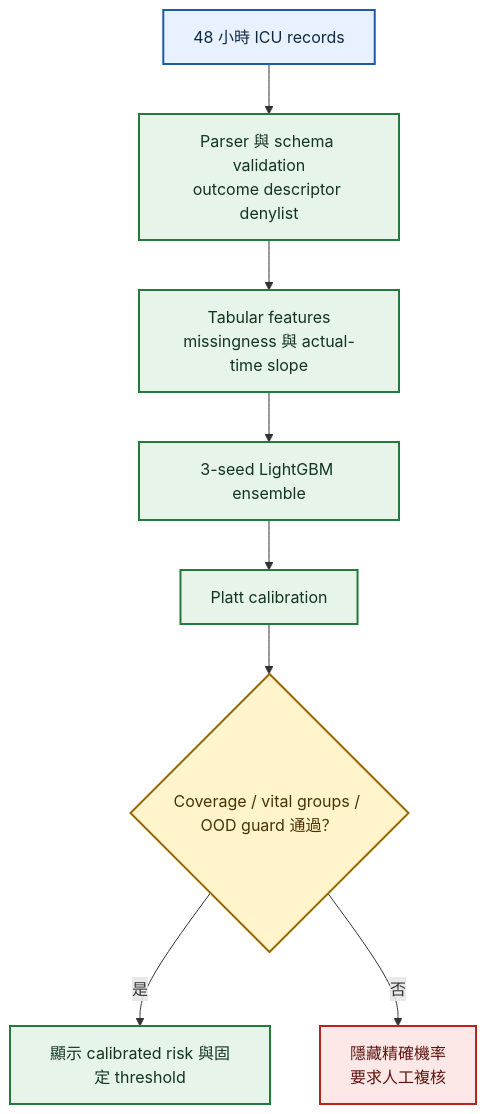
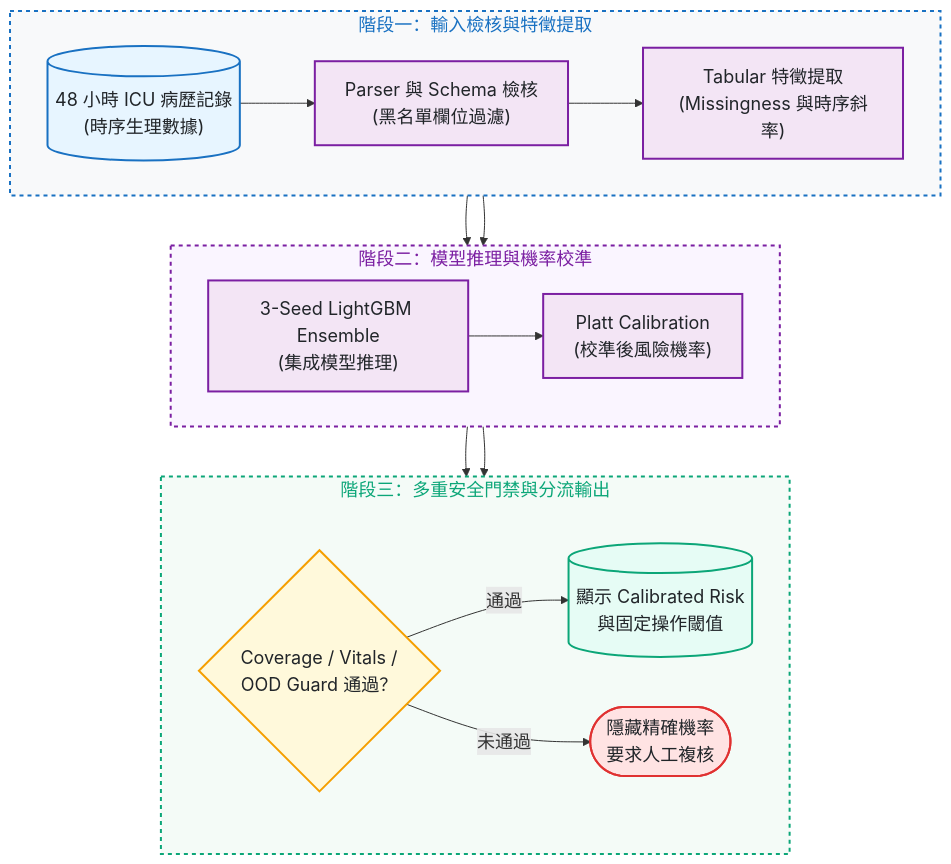
Before and after one commit to kuotunyu/CareRisk-48H: the second of 2 diagrams in README.md, drawn with Mermaid. The commit also changed other lines of this file and 1 other file, not shown here.

Commit message:
docs: overhaul README with 20px card container flowcharts, badges, and clean typography

````diff
--- a/README.md
+++ b/README.md
@@ -72,21 +67,38 @@
 ```mermaid
+%%{init: {'themeVariables': {'fontSize': '18px'}}}%%
 flowchart TD
-    A["48 小時 ICU records"] --> B["Parser 與 schema validation<br/>outcome descriptor denylist"]
-    B --> C["Tabular features<br/>missingness 與 actual-time slope"]
-    C --> D["3-seed LightGBM ensemble"]
-    D --> E["Platt calibration"]
-    E --> F{"Coverage / vital groups / OOD guard 通過？"}
-    F -->|是| G["顯示 calibrated risk 與固定 threshold"]
-    F -->|否| H["隱藏精確機率<br/>要求人工複核"]
+    subgraph InputStage ["階段一：輸入檢核與特徵提取"]
+        direction LR
+        Input[("48 小時 ICU 病歷記錄<br/>(時序生理數據)")] --> Schema["Parser 與 Schema 檢核<br/>(黑名單欄位過濾)"] --> Feat["Tabular 特徵提取<br/>(Missingness 與時序斜率)"]
+    end
 
-    classDef input fill:#E8F1FF,stroke:#1E5AA8,stroke-width:2px,color:#102A43
-    classDef process fill:#E6F4EA,stroke:#237A3B,stroke-width:2px,color:#12351E
-    classDef decision fill:#FFF4CC,stroke:#9A6700,stroke-width:2px,color:#4A3200
-    classDef safe fill:#E6F4EA,stroke:#237A3B,stroke-width:2px,color:#12351E
-    classDef blocked fill:#FCE8E6,stroke:#B3261E,stroke-width:2px,color:#5F1410
-    class A input
-    class B,C,D,E process
-    class F decision
-    class G safe
-    class H blocked
+    subgraph ModelStage ["階段二：模型推理與機率校準"]
+        direction LR
+        Feat --> Model["3-Seed LightGBM Ensemble<br/>(集成模型推理)"] --> Platt["Platt Calibration<br/>(校準後風險機率)"]
+    end
+
+    subgraph GuardStage ["階段三：多重安全門禁與分流輸出"]
+        direction LR
+        Platt --> Guard{"Coverage / Vitals /<br/>OOD Guard 通過？"}
+        Guard -->|"通過"| SafeOutput[("顯示 Calibrated Risk<br/>與固定操作閾值")]
+        Guard -->|"未通過"| BlockOutput(["隱藏精確機率<br/>要求人工複核"])
+    end
+
+    InputStage --> ModelStage --> GuardStage
+
+    classDef srcStyle fill:#e7f5ff,stroke:#1971c2,stroke-width:2px,color:#212529
+    classDef procStyle fill:#f3e5f5,stroke:#7b1fa2,stroke-width:2px,color:#212529
+    classDef condStyle fill:#fff9db,stroke:#f59f00,stroke-width:2px,color:#212529
+    classDef safeStyle fill:#e6fcf5,stroke:#0ca678,stroke-width:2px,color:#212529
+    classDef blockStyle fill:#ffe3e3,stroke:#e03131,stroke-width:2px,color:#212529
+
+    class Input srcStyle
+    class Schema,Feat,Model,Platt procStyle
+    class Guard condStyle
+    class SafeOutput safeStyle
+    class BlockOutput blockStyle
+
+    style InputStage fill:#f8f9fa,stroke:#1971c2,stroke-width:2px,color:#1971c2,stroke-dasharray: 4 4
+    style ModelStage fill:#faf5ff,stroke:#7b1fa2,stroke-width:2px,color:#7b1fa2,stroke-dasharray: 4 4
+    style GuardStage fill:#f4fbf7,stroke:#0ca678,stroke-width:2px,color:#0ca678,stroke-dasharray: 4 4
 ```
````
